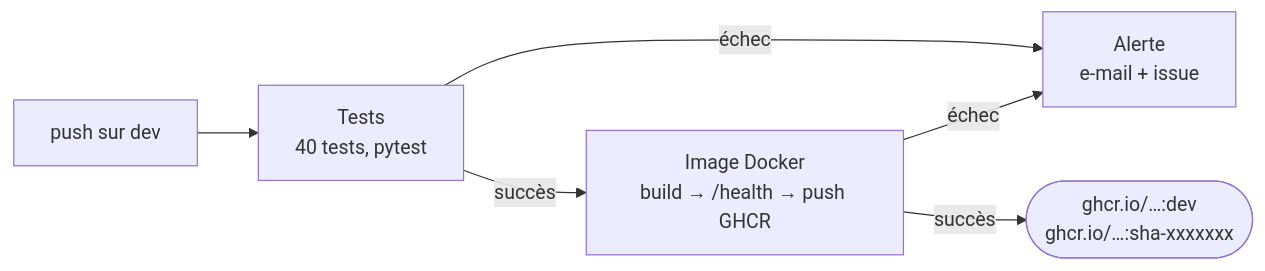
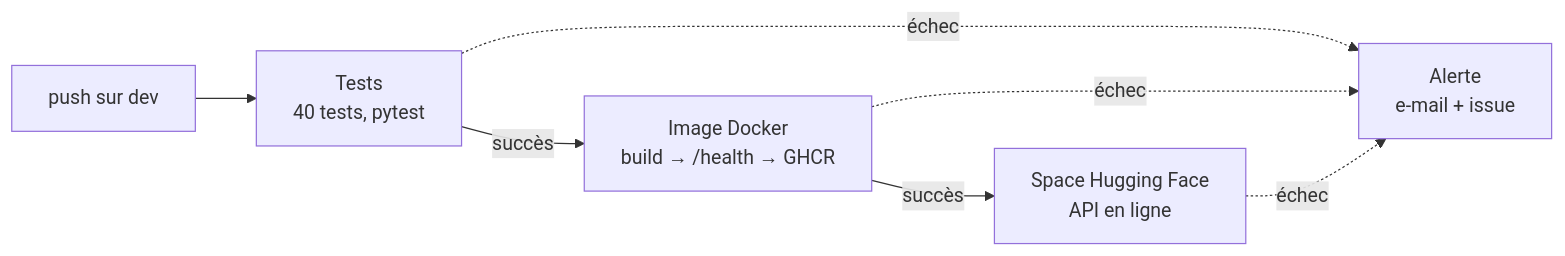
Before and after one commit to to-haladjian/OC_projet_DS_12: the diagram in README.md, drawn with Mermaid. The commit also changed other lines of this file and 5 other files, not shown here.

````diff
--- a/README.md
+++ b/README.md
@@ -337,9 +336,11 @@
 ```mermaid
 flowchart LR
     push["push sur dev"] --> tests
     tests["Tests<br/>40 tests, pytest"] -->|succès| image
-    tests -->|échec| alerte
-    image["Image Docker<br/>build → /health → push GHCR"] -->|échec| alerte
-    image -->|succès| ok(["ghcr.io/…:dev<br/>ghcr.io/…:sha-xxxxxxx"])
+    image["Image Docker<br/>build → /health → GHCR"] -->|succès| espace
+    espace["Space Hugging Face<br/>API en ligne"]
+    tests -. échec .-> alerte
+    image -. échec .-> alerte
+    espace -. échec .-> alerte
     alerte["Alerte<br/>e-mail + issue"]
 ```
````
